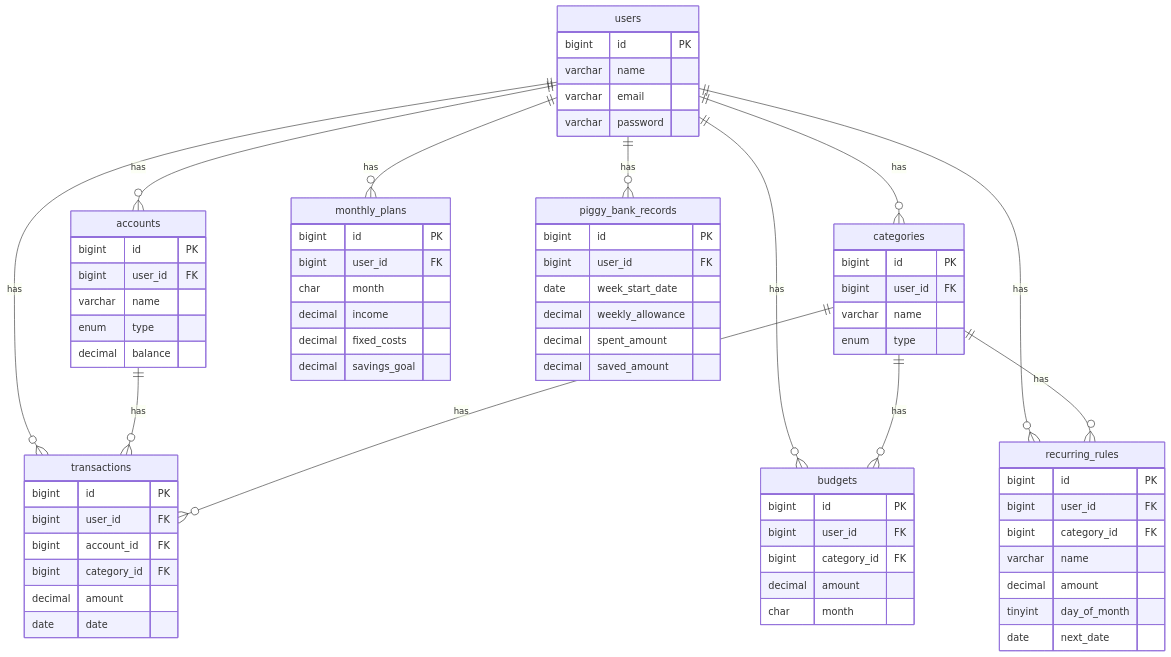
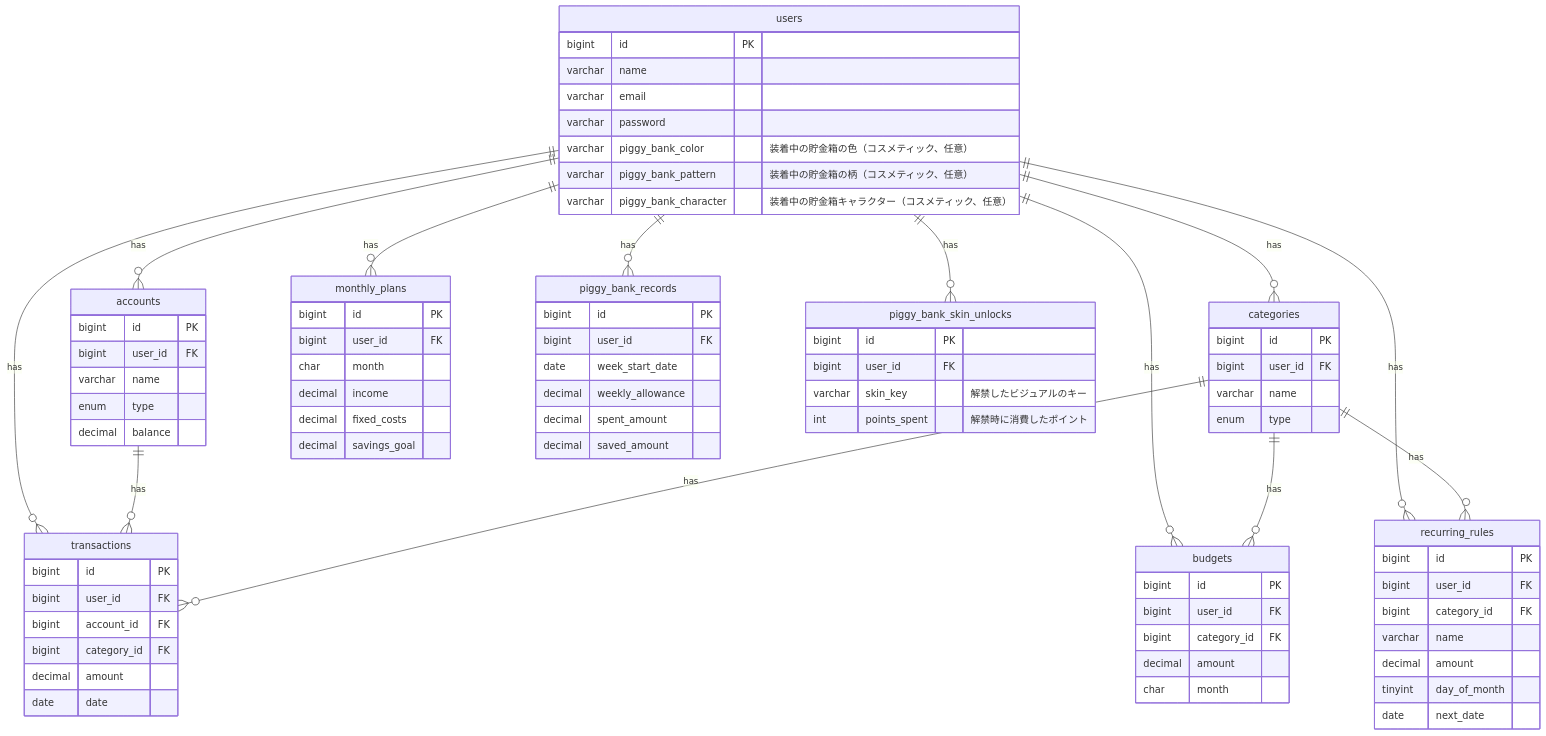
One commit to bny963/kakeibo changed the diagram in README.md. Above: the diagram before and after it, drawn with Mermaid. The commit also changed other lines of this file and 18 other files, not shown here.

```diff
--- a/README.md
+++ b/README.md
@@ -55,6 +58,7 @@
   users ||--o{ recurring_rules : has
   users ||--o{ monthly_plans : has
   users ||--o{ piggy_bank_records : has
+  users ||--o{ piggy_bank_skin_unlocks : has
   accounts ||--o{ transactions : has
   categories ||--o{ transactions : has
   categories ||--o{ budgets : has
@@ -64,6 +68,15 @@
     varchar name
     varchar email
     varchar password
+    varchar piggy_bank_color "装着中の貯金箱の色（コスメティック、任意）"
+    varchar piggy_bank_pattern "装着中の貯金箱の柄（コスメティック、任意）"
+    varchar piggy_bank_character "装着中の貯金箱キャラクター（コスメティック、任意）"
+  }
+  piggy_bank_skin_unlocks {
+    bigint id PK
+    bigint user_id FK
+    varchar skin_key "解禁したビジュアルのキー"
+    int points_spent "解禁時に消費したポイント"
   }
   accounts {
     bigint id PK
```
